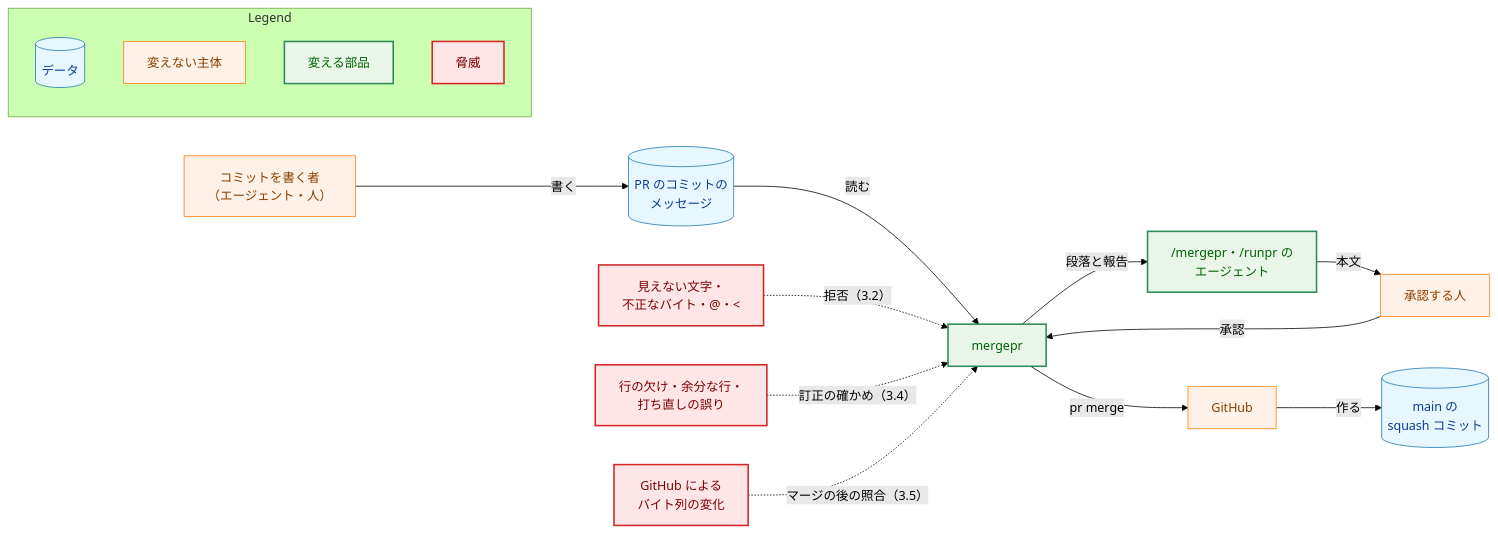
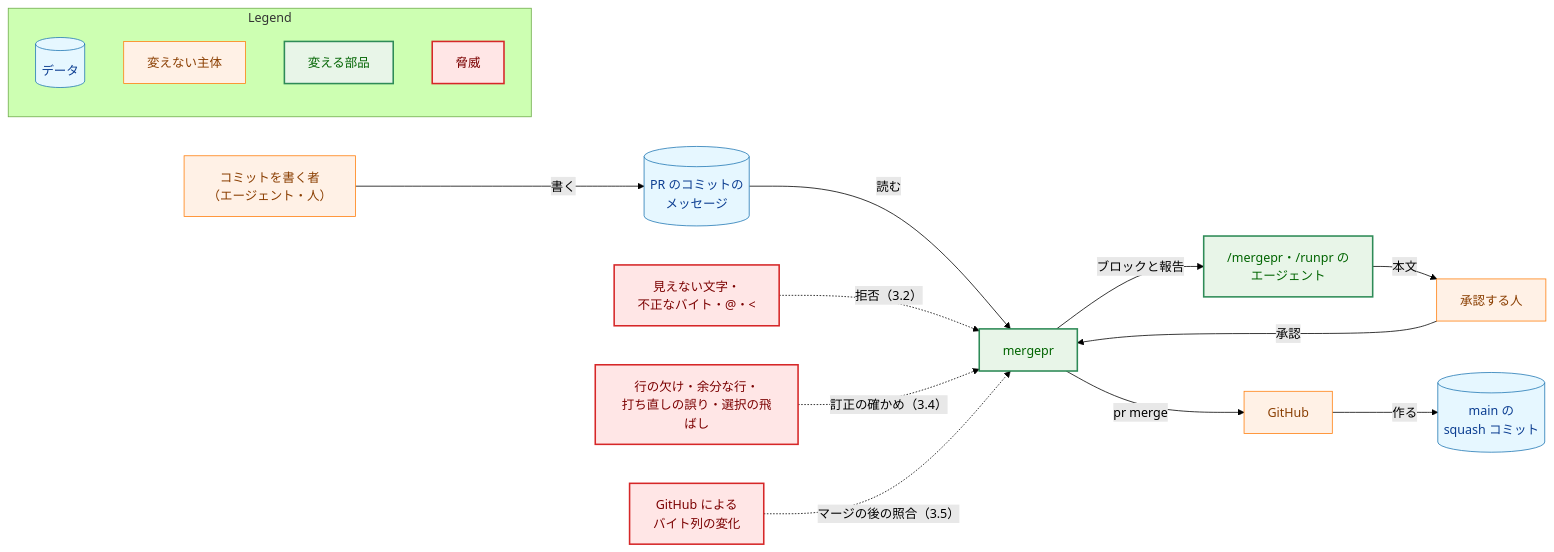
The fourth of 5 diagrams in docs/tasks/0106_squash_editorial_corrections/02_architecture.md (isseis/yt2column), drawn with Mermaid (forest theme) before and after one commit. The commit also changed other lines of this file, not shown here.

First line of the commit message:
docs(0106): address the architecture review and the Japanese prose pass

````diff
--- a/docs/tasks/0106_squash_editorial_corrections/02_architecture.md
+++ b/docs/tasks/0106_squash_editorial_corrections/02_architecture.md
@@ -515,45 +680,45 @@
 ```mermaid
 flowchart LR
     classDef data fill:#e6f7ff,stroke:#1f77b4,stroke-width:1px,color:#0b3d91;
     classDef process fill:#fff1e6,stroke:#ff7f0e,stroke-width:1px,color:#8a3e00;
     classDef enhanced fill:#e8f5e8,stroke:#2e8b57,stroke-width:2px,color:#006400;
     classDef problem fill:#ffe6e6,stroke:#d62728,stroke-width:2px,color:#7b0000;
 
     AUTHOR["コミットを書く者<br>（エージェント・人）"]
     COMMITS[("PR のコミットの<br>メッセージ")]
     TOOL["mergepr"]
     AGENT["/mergepr・/runpr の<br>エージェント"]
     HUMAN["承認する人"]
     MAIN[("main の<br>squash コミット")]
     GITHUB["GitHub"]
     T1["見えない文字・<br>不正なバイト・@・<"]
-    T2["行の欠け・余分な行・<br>打ち直しの誤り"]
+    T2["行の欠け・余分な行・<br>打ち直しの誤り・選択の飛ばし"]
     T3["GitHub による<br>バイト列の変化"]
 
     AUTHOR -->|"書く"| COMMITS
     COMMITS -->|"読む"| TOOL
-    TOOL -->|"段落と報告"| AGENT
+    TOOL -->|"ブロックと報告"| AGENT
     AGENT -->|"本文"| HUMAN
     HUMAN -->|"承認"| TOOL
     TOOL -->|"pr merge"| GITHUB
     GITHUB -->|"作る"| MAIN
     T1 -.->|"拒否（3.2）"| TOOL
     T2 -.->|"訂正の確かめ（3.4）"| TOOL
     T3 -.->|"マージの後の照合（3.5）"| TOOL
 
     class COMMITS,MAIN data
     class AUTHOR,HUMAN,GITHUB process
     class TOOL,AGENT enhanced
     class T1,T2,T3 problem
 
     subgraph Legend["Legend"]
         L1[("データ")]
         L2["変えない主体"]
         L3["変える部品"]
         L4["脅威"]
     end
     class L1 data
     class L2 process
     class L3 enhanced
     class L4 problem
 ```
````
